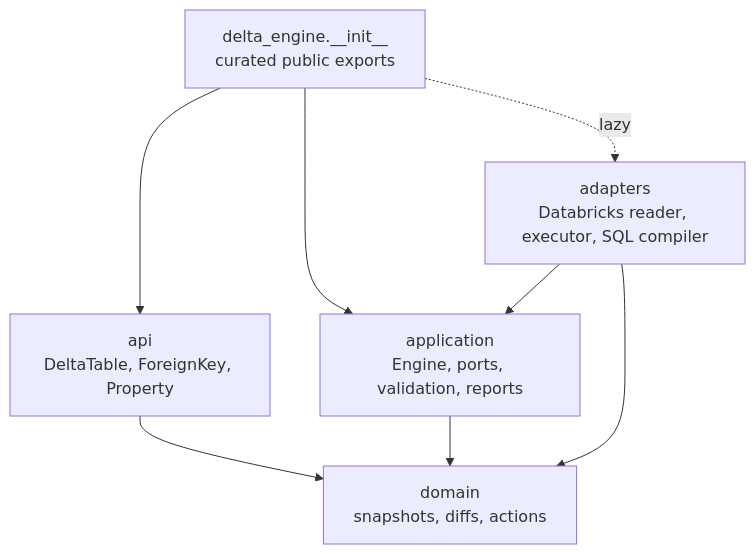
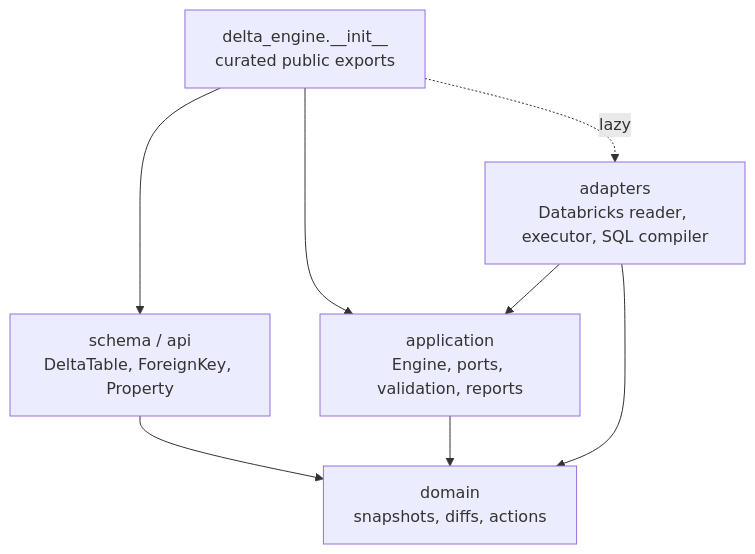
The fourth of 5 diagrams in docs/explanation-architecture.md (Tomoscorbin/delta-engine), drawn with Mermaid before and after one commit. The commit also changed other lines of this file and 18 other files, not shown here.

````diff
--- a/docs/explanation-architecture.md
+++ b/docs/explanation-architecture.md
@@ -205,16 +205,16 @@
 ```mermaid
 flowchart TB
     Public[delta_engine.__init__<br/>curated public exports]
-    API[api<br/>DeltaTable, ForeignKey, Property]
+    API[schema / api<br/>DeltaTable, ForeignKey, Property]
     App[application<br/>Engine, ports, validation, reports]
     Domain[domain<br/>snapshots, diffs, actions]
     Adapters[adapters<br/>Databricks reader, executor, SQL compiler]
 
     Public --> API
     Public --> App
     Public -. lazy .-> Adapters
     API --> Domain
     App --> Domain
     Adapters --> App
     Adapters --> Domain
 ```
````
